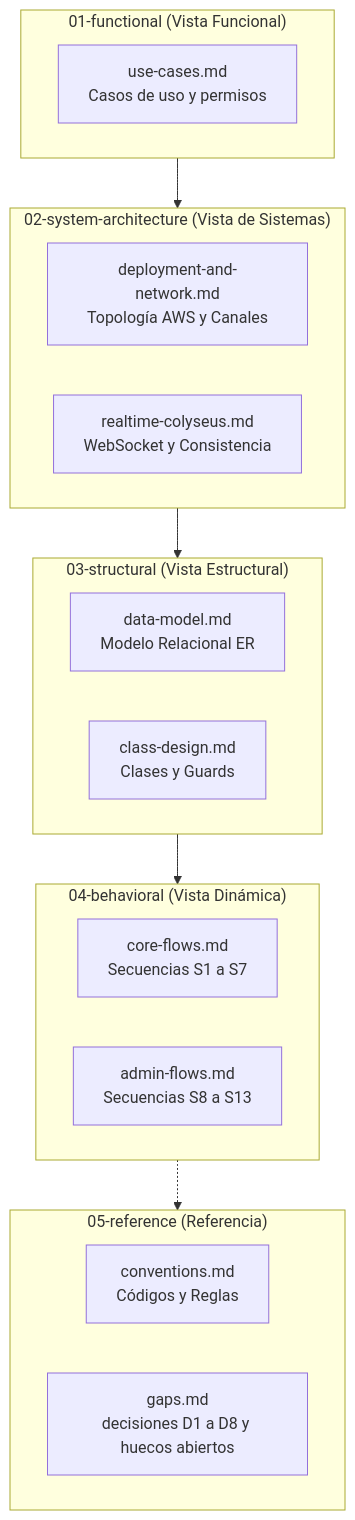
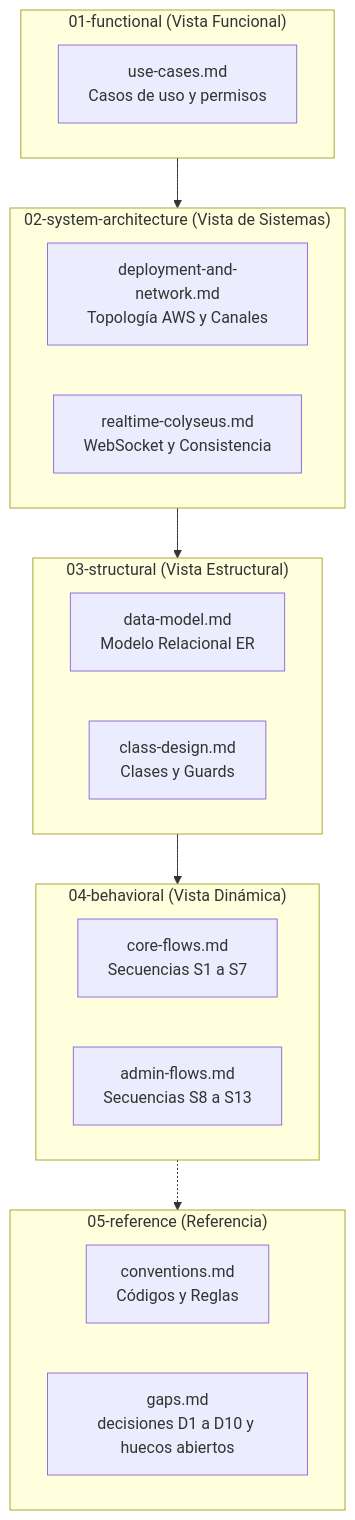
Before and after one commit to Agustin742/integratec-final-back: the diagram in docs/diagrams/README.md, drawn with Mermaid. The commit also changed other lines of this file and 11 other files, not shown here.

````diff
--- a/docs/diagrams/README.md
+++ b/docs/diagrams/README.md
@@ -13,32 +13,32 @@
 ```mermaid
 flowchart TD
   subgraph F["01-functional (Vista Funcional)"]
     direction LR
     UC["use-cases.md<br/>Casos de uso y permisos"]
   end
   subgraph S["02-system-architecture (Vista de Sistemas)"]
     direction LR
     DEP["deployment-and-network.md<br/>Topología AWS y Canales"]
     RT["realtime-colyseus.md<br/>WebSocket y Consistencia"]
   end
   subgraph E["03-structural (Vista Estructural)"]
     direction LR
     DM["data-model.md<br/>Modelo Relacional ER"]
     CL["class-design.md<br/>Clases y Guards"]
   end
   subgraph B["04-behavioral (Vista Dinámica)"]
     direction LR
     SC["core-flows.md<br/>Secuencias S1 a S7"]
     SA["admin-flows.md<br/>Secuencias S8 a S13"]
   end
   subgraph R["05-reference (Referencia)"]
     direction LR
     CV["conventions.md<br/>Códigos y Reglas"]
-    GP["gaps.md<br/>decisiones D1 a D8 y huecos abiertos"]
+    GP["gaps.md<br/>decisiones D1 a D10 y huecos abiertos"]
   end
 
   F --> S
   S --> E
   E --> B
   B -.-> R
 ```
````
